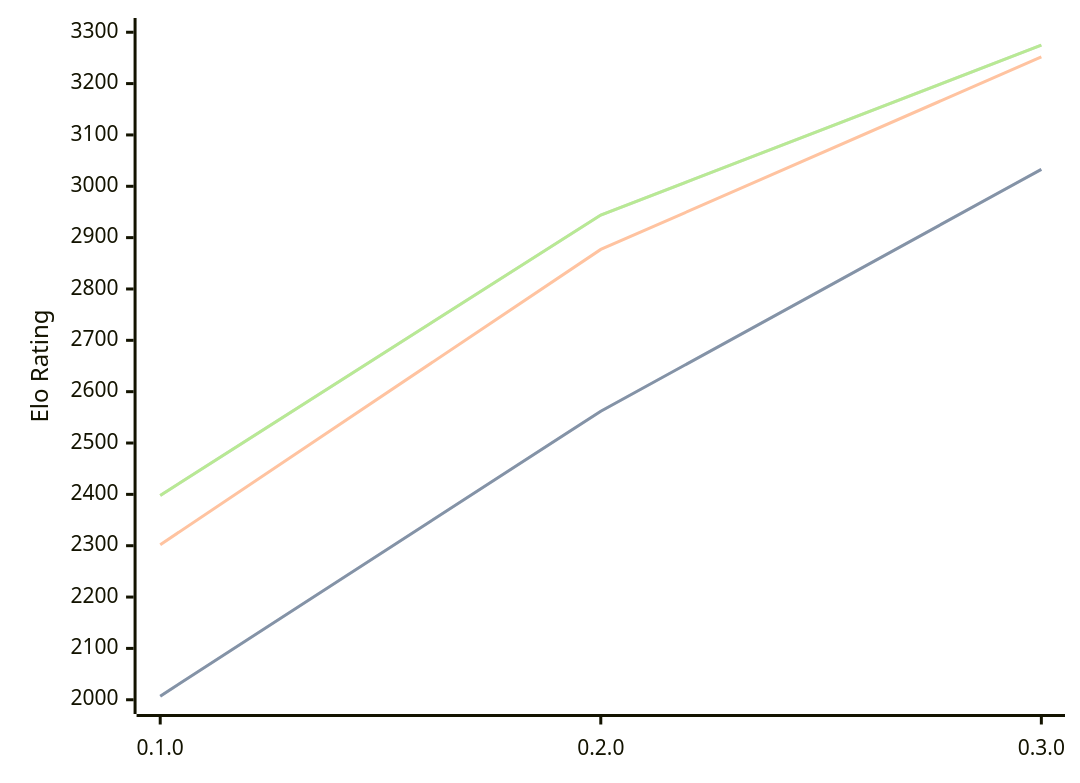
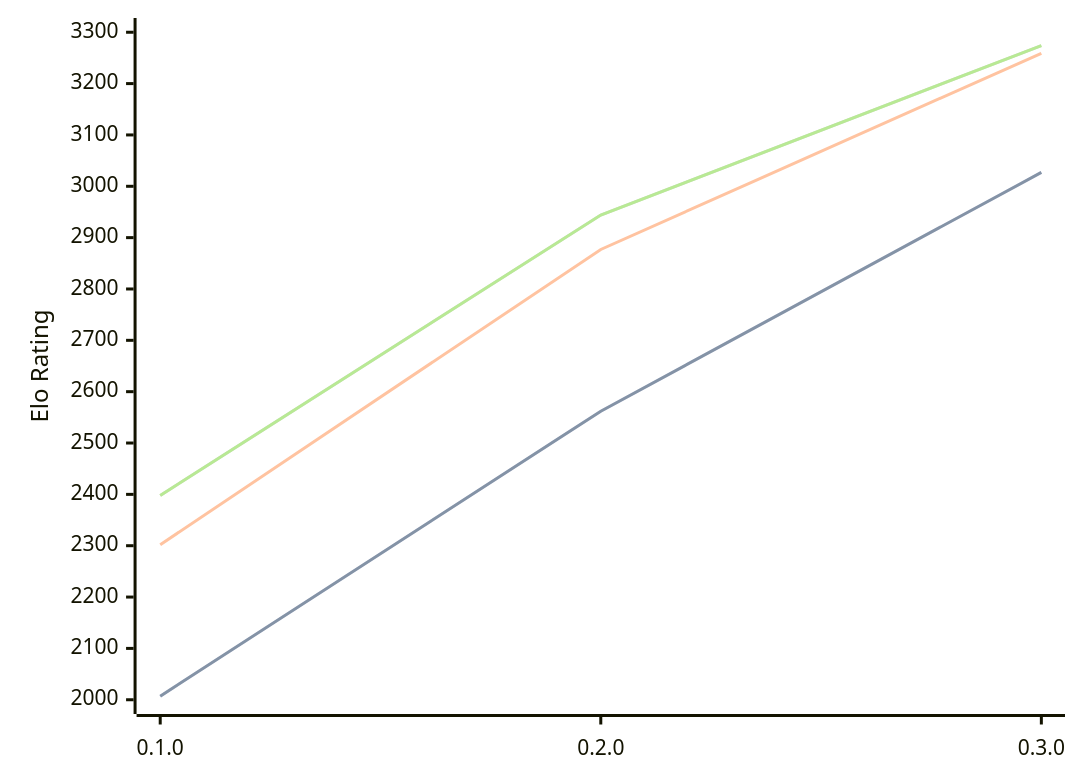
One commit to computer-chess-index/cci changed the diagram in engines/Justbot.md. Above: the diagram before and after it, drawn with Mermaid. The commit also changed other lines of this file, not shown here.

Commit message:
Update CCI Ratings (ELO VLTC) - 2026-07-22

````diff
--- a/engines/Justbot.md
+++ b/engines/Justbot.md
@@ -33,11 +33,11 @@
 ```mermaid
 %%{init: {"theme":"base","themeVariables":{"seriesColors:['#a3a3a3','#222221','#faa371']}}}%%
 xychart-beta
   x-axis ["0.1.0", "0.2.0", "0.3.0"]
   y-axis "Elo Rating" 2000 --> 3300
-  line "STC (8.0+0.08s)" [2007, 2562, 3033]
-  line "STC (8.0+0.08s)" [2007, 2562, 3033]
-  line "LTC (60.0+0.60s)" [2302, 2877, 3252]
-  line "VLTC (2m24s+1.12s)" [2398, 2944, 3275]
-  line "VLTC (2m24s+1.12s)" [2398, 2944, 3275]
+  line "STC (8.0+0.08s)" [2007, 2562, 3027]
+  line "STC (8.0+0.08s)" [2007, 2562, 3027]
+  line "LTC (60.0+0.60s)" [2302, 2877, 3259]
+  line "VLTC (2m24s+1.12s)" [2398, 2944, 3274]
+  line "VLTC (2m24s+1.12s)" [2398, 2944, 3274]
 ```
````
